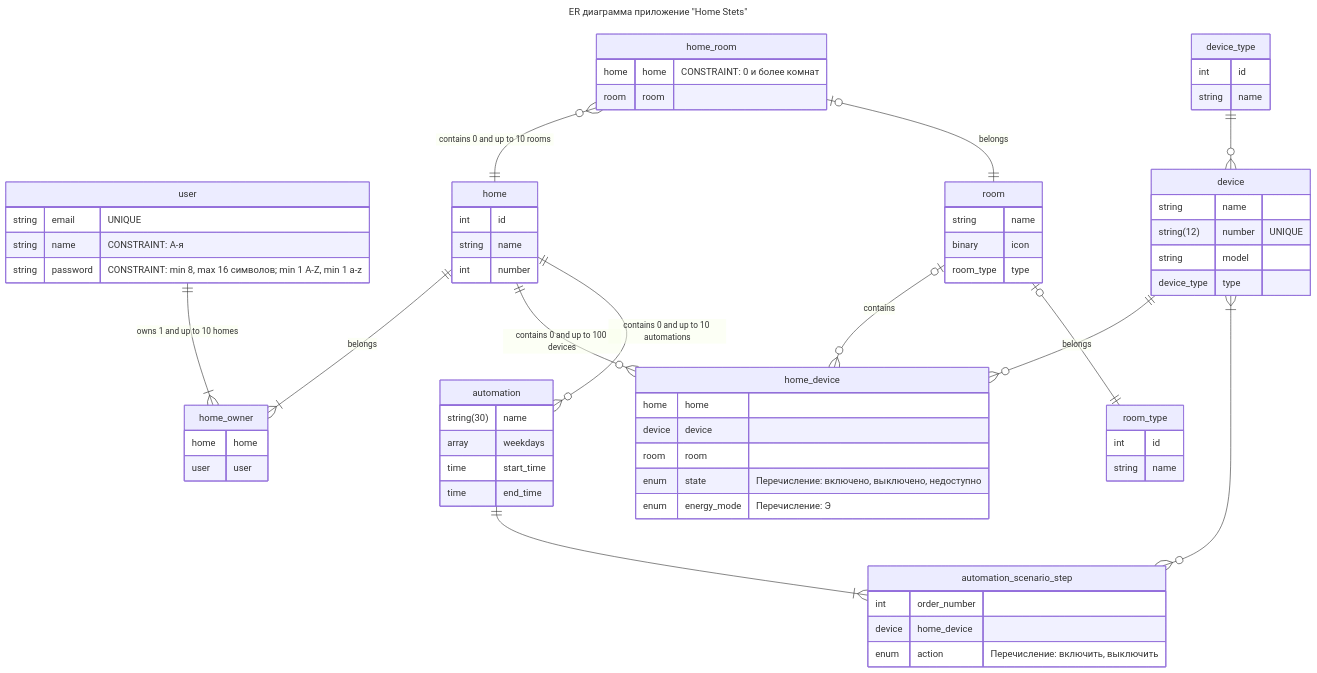
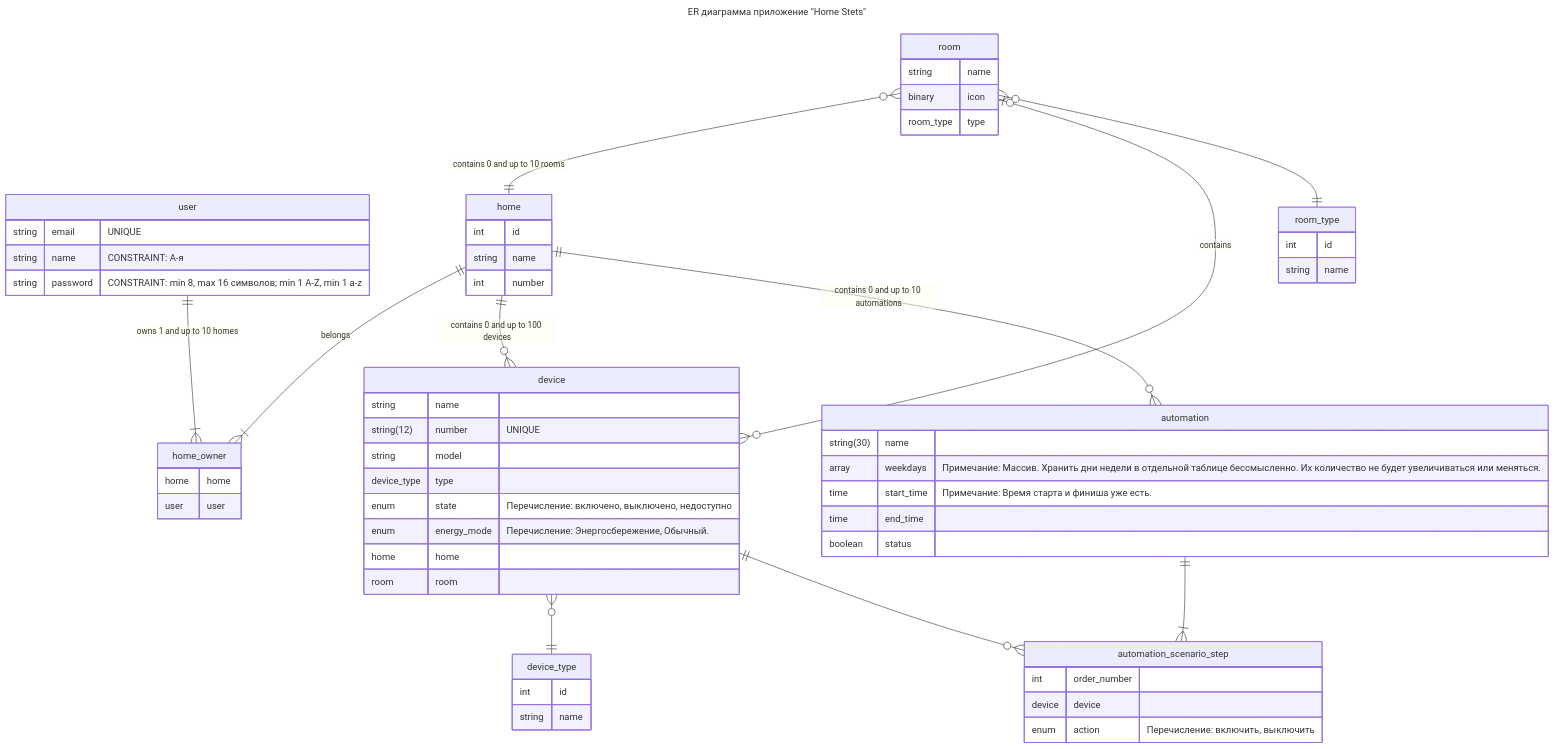
The diagram in HARD/yandex-practicum-diploma-project/# spec.md (oleshko-g/sa_cases), drawn with Mermaid before and after one commit. The commit also changed other lines of this file, not shown here.

Commit message:
Доработать ERD && Доработать словарь данных

````diff
--- a/HARD/yandex-practicum-diploma-project/# spec.md
+++ b/HARD/yandex-practicum-diploma-project/# spec.md
@@ -63,15 +63,10 @@
       string(12)  number "UNIQUE"
       string      model
       device_type type
-   }
-
-
-   home_device {
+      enum        state "Перечисление: включено, выключено, недоступно"
+      enum        energy_mode "Перечисление: Энергосбережение, Обычный."
       home        home
-      device      device
       room        room
-      enum        state "Перечисление: включено, выключено, недоступно"
-      enum        energy_mode "Перечисление: Э"
    }
 
    room_type {
@@ -85,40 +80,34 @@
       room_type   type
    }
 
-   home_room {
-      home home "CONSTRAINT: 0 и более комнат"
-      room room 
-   }
-   
    automation {
       string(30)  name
-      array       weekdays
-      time        start_time
-      time        end_time
+      array       weekdays "Примечание: Массив. Хранить дни недели в отдельной таблице бессмысленно. Их количество не будет увеличиваться или меняться."
+      time        start_time "Примечание: Время старта и финиша уже есть."
+      time        end_time 
+      boolean     status
    }
 
    automation_scenario_step {
       int         order_number
-      device      home_device
+      device      device
       enum        action "Перечисление: включить, выключить"
    }
 
 
-   user ||--|{ home_owner : "owns 1 and up to 10 homes"
-   home ||--|{ home_owner : belongs
+   user        ||--|{ home_owner : "owns 1 and up to 10 homes"
+   home        ||--|{ home_owner : belongs
 
-   home_room }o--|| home : "contains 0 and up to 10 rooms"
-   home_room |o--|| room : "belongs"
-   room |o--o{ home_device : "contains"
-   room |o--|| room_type : ""
+   room        }o--|| home : "contains 0 and up to 10 rooms"
+   room        |o--o{ device : "contains"
+   room        }o--|| room_type : ""
 
-   device ||--o{ home_device : belongs
-   device_type ||--o{ device : ""
-   home ||--o{ home_device : "contains 0 and up to 100 devices"
+   device      }o--|| device_type : ""
+   home        ||--o{ device : "contains 0 and up to 100 devices"
 
-   home ||--o{ automation : "contains 0 and up to 10 automations"
+   home        ||--o{ automation : "contains 0 and up to 10 automations"
 
-   automation ||--|{ automation_scenario_step : ""
-   device }|--o{ automation_scenario_step : ""
+   automation  ||--|{ automation_scenario_step : ""
+   device      ||--o{ automation_scenario_step : ""
 
 ```
````
